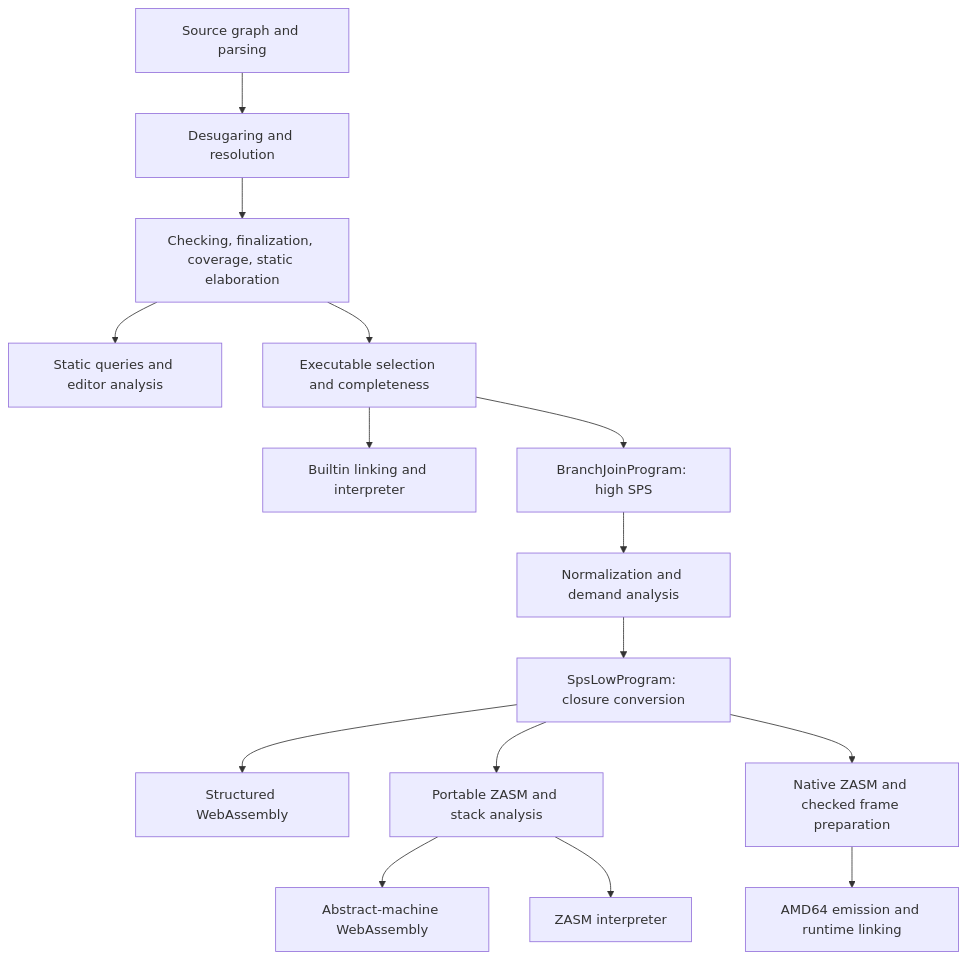
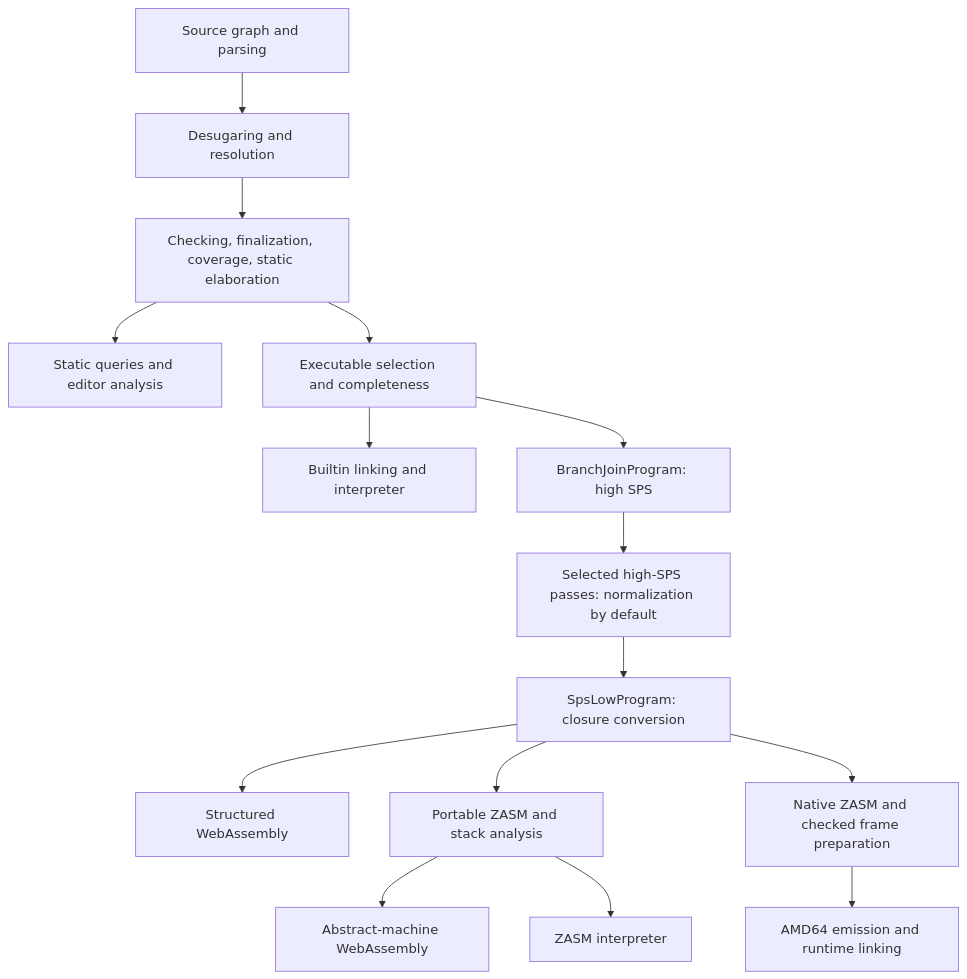
Before and after one commit to zydeco-lang/zydeco: the diagram in docs/references/compiler.md, drawn with Mermaid. The commit also changed other lines of this file and 5 other files, not shown here.

````diff
--- a/docs/references/compiler.md
+++ b/docs/references/compiler.md
@@ -40,17 +42,17 @@
 ```mermaid
 flowchart TD
     Sources[Source graph and parsing] --> Frontend[Desugaring and resolution]
     Frontend --> Statics[Checking, finalization, coverage, static elaboration]
     Statics --> Queries[Static queries and editor analysis]
     Statics --> Entry[Executable selection and completeness]
     Entry --> Dynamics[Builtin linking and interpreter]
     Entry --> High[BranchJoinProgram: high SPS]
-    High --> Normalize[Normalization and demand analysis]
+    High --> Normalize[Selected high-SPS passes: normalization by default]
     Normalize --> Low[SpsLowProgram: closure conversion]
     Low --> SPS[Structured WebAssembly]
     Low --> Portable[Portable ZASM and stack analysis]
     Portable --> AM[Abstract-machine WebAssembly]
     Portable --> ZInterp[ZASM interpreter]
     Low --> Native[Native ZASM and checked frame preparation]
     Native --> AMD64[AMD64 emission and runtime linking]
 ```
````
